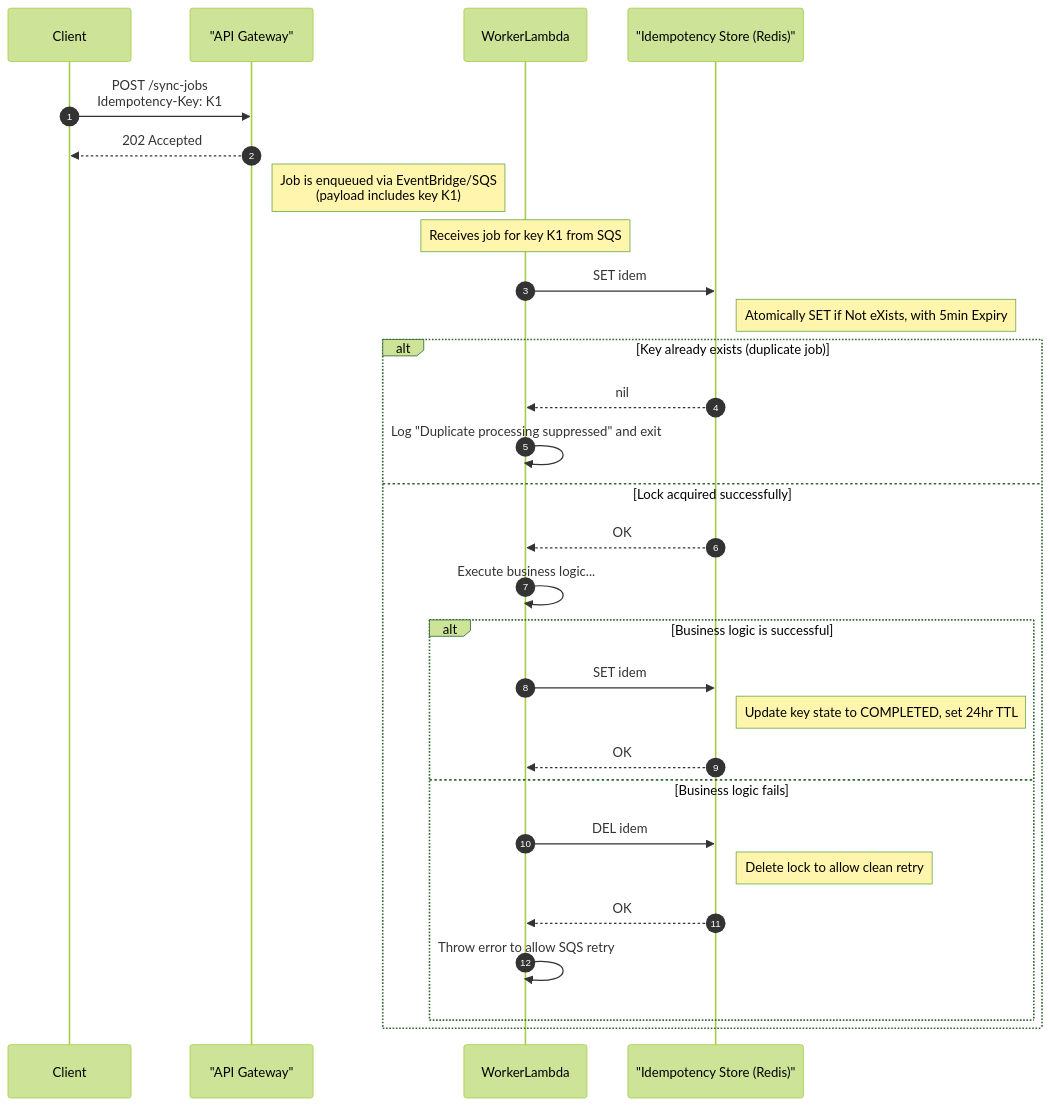
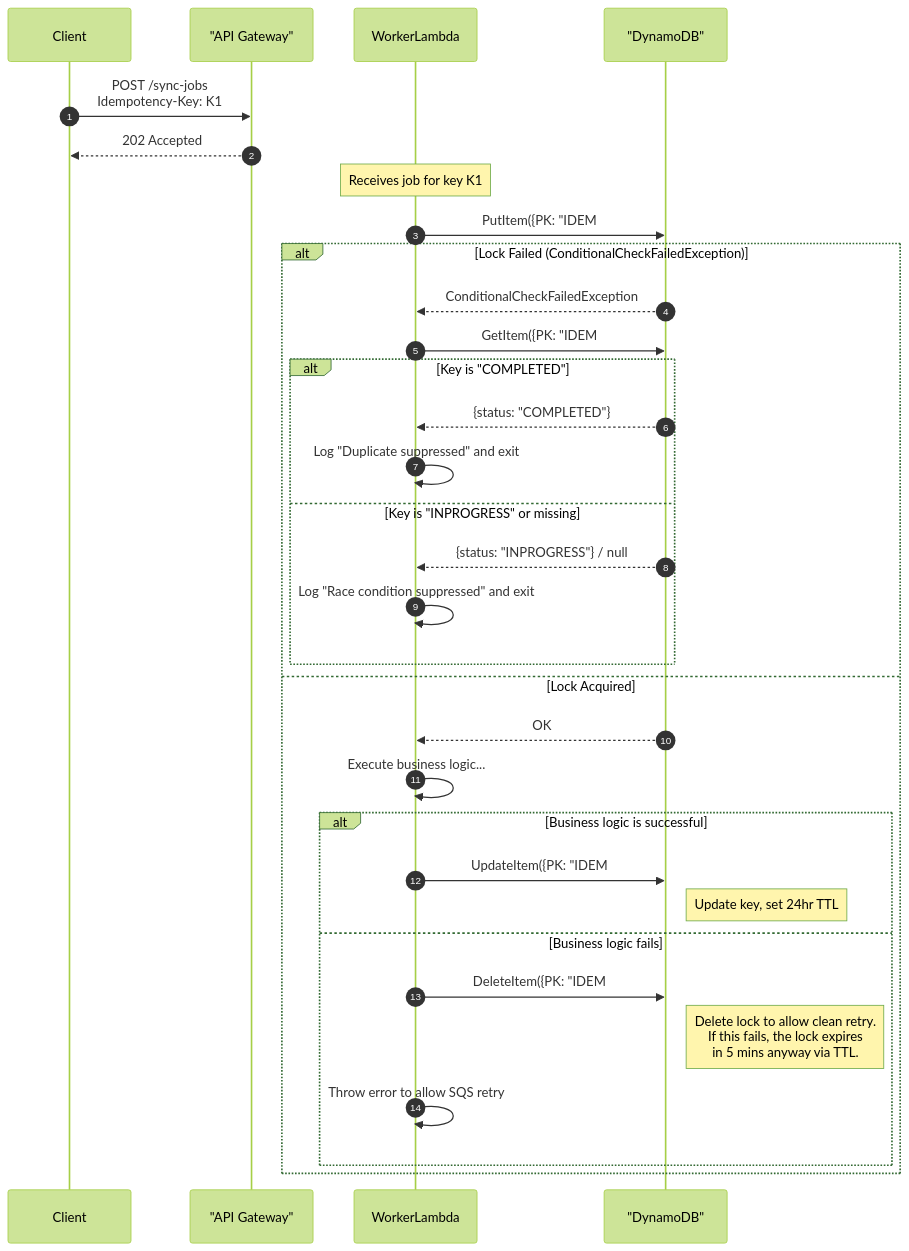
One commit to dino10bit/healthsync changed the fifth of 8 diagrams in 06-technical-architecture.md. Above: the diagram before and after it, drawn with Mermaid (forest theme). The commit also changed other lines of this file and 1 other file, not shown here.

First line of the commit message:
Revise 06-technical-architecture.md based on f-20.md review.

````diff
--- a/06-technical-architecture.md
+++ b/06-technical-architecture.md
@@ -333,36 +392,37 @@
 ```mermaid
 sequenceDiagram
     autonumber
     participant Client
     participant APIGateway as "API Gateway"
     participant WorkerLambda
-    participant IdempotencyStore as "Idempotency Store (Redis)"
+    participant IdempotencyStore as "DynamoDB"
 
     Client->>APIGateway: POST /sync-jobs<br>Idempotency-Key: K1
     APIGateway-->>Client: 202 Accepted
-    note right of APIGateway: Job is enqueued via EventBridge/SQS<br>(payload includes key K1)
 
-    %% ... sometime later, message is picked up by a worker ...
-    note over WorkerLambda: Receives job for key K1 from SQS
+    note over WorkerLambda: Receives job for key K1
 
-    WorkerLambda->>IdempotencyStore: SET idem#K1 "INPROGRESS" NX EX 300
-    note right of IdempotencyStore: Atomically SET if Not eXists, with 5min Expiry
-
-    alt Key already exists (duplicate job)
-        IdempotencyStore-->>WorkerLambda: nil
-        WorkerLambda->>WorkerLambda: Log "Duplicate processing suppressed" and exit
-    else Lock acquired successfully
+    WorkerLambda->>IdempotencyStore: PutItem({PK: "IDEM#K1", SK: "IDEM#K1", status: "INPROGRESS", ttl: ...})<br>Condition: attribute_not_exists(PK)
+    alt Lock Failed (ConditionalCheckFailedException)
+        IdempotencyStore-->>WorkerLambda: ConditionalCheckFailedException
+        WorkerLambda->>IdempotencyStore: GetItem({PK: "IDEM#K1"})
+        alt Key is "COMPLETED"
+            IdempotencyStore-->>WorkerLambda: {status: "COMPLETED"}
+            WorkerLambda->>WorkerLambda: Log "Duplicate suppressed" and exit
+        else Key is "INPROGRESS" or missing
+            IdempotencyStore-->>WorkerLambda: {status: "INPROGRESS"} / null
+            WorkerLambda->>WorkerLambda: Log "Race condition suppressed" and exit
+        end
+    else Lock Acquired
         IdempotencyStore-->>WorkerLambda: OK
         WorkerLambda->>WorkerLambda: Execute business logic...
         alt Business logic is successful
-            WorkerLambda->>IdempotencyStore: SET idem#K1 "COMPLETED" EX 86400
-            note right of IdempotencyStore: Update key state to COMPLETED, set 24hr TTL
-            IdempotencyStore-->>WorkerLambda: OK
+            WorkerLambda->>IdempotencyStore: UpdateItem({PK: "IDEM#K1", status: "COMPLETED", ttl: ...})
+            note right of IdempotencyStore: Update key, set 24hr TTL
         else Business logic fails
-            WorkerLambda->>IdempotencyStore: DEL idem#K1
-            note right of IdempotencyStore: Delete lock to allow clean retry
-            IdempotencyStore-->>WorkerLambda: OK
+            WorkerLambda->>IdempotencyStore: DeleteItem({PK: "IDEM#K1"})
+            note right of IdempotencyStore: Delete lock to allow clean retry.<br>If this fails, the lock expires<br>in 5 mins anyway via TTL.
             WorkerLambda->>WorkerLambda: Throw error to allow SQS retry
         end
     end
 ```
````
